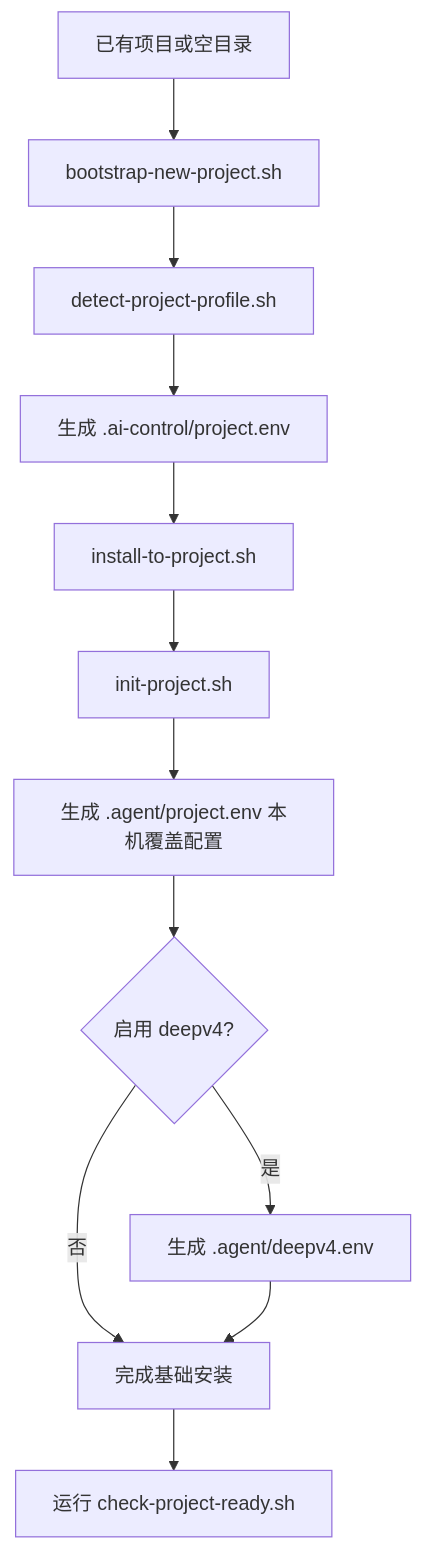
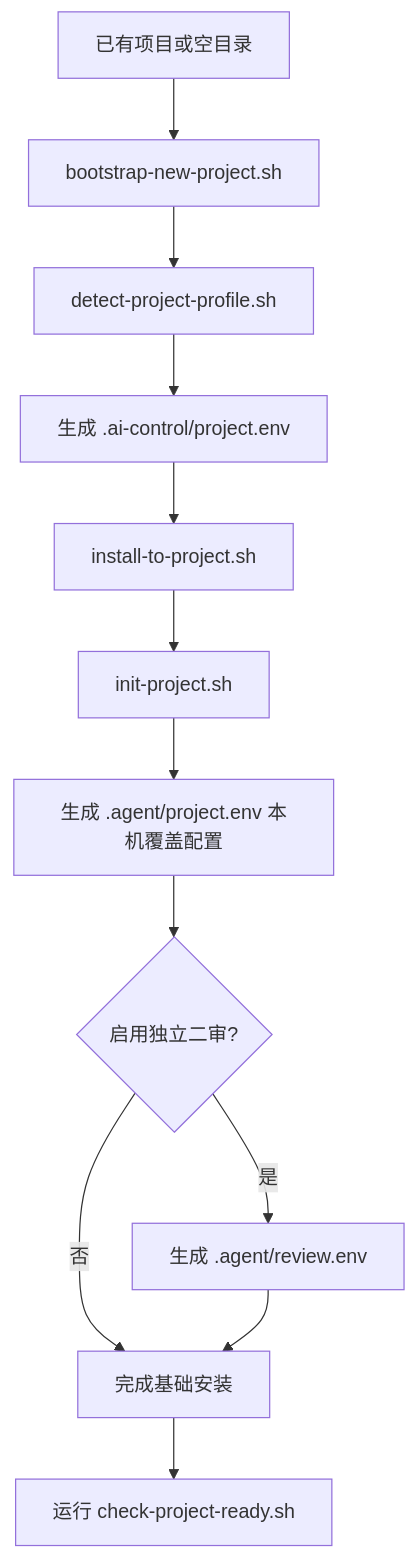
One commit to BrightLiu4917/ai-coding-fun changed the fifth of 6 diagrams in control/docs/流程图.md. Above: the diagram before and after it, drawn with Mermaid. The commit also changed other lines of this file and 160 other files, not shown here.

````diff
--- a/control/docs/流程图.md
+++ b/control/docs/流程图.md
@@ -68,14 +68,14 @@
 ```mermaid
 flowchart TD
   A["已有项目或空目录"] --> B["bootstrap-new-project.sh"]
   B --> C["detect-project-profile.sh"]
   C --> D["生成 .ai-control/project.env"]
   D --> E["install-to-project.sh"]
   E --> F["init-project.sh"]
   F --> G["生成 .agent/project.env 本机覆盖配置"]
-  G --> H{"启用 deepv4?"}
-  H -- "是" --> I["生成 .agent/deepv4.env"]
+  G --> H{"启用独立二审?"}
+  H -- "是" --> I["生成 .agent/review.env"]
   H -- "否" --> J["完成基础安装"]
   I --> J
   J --> K["运行 check-project-ready.sh"]
 ```
````
